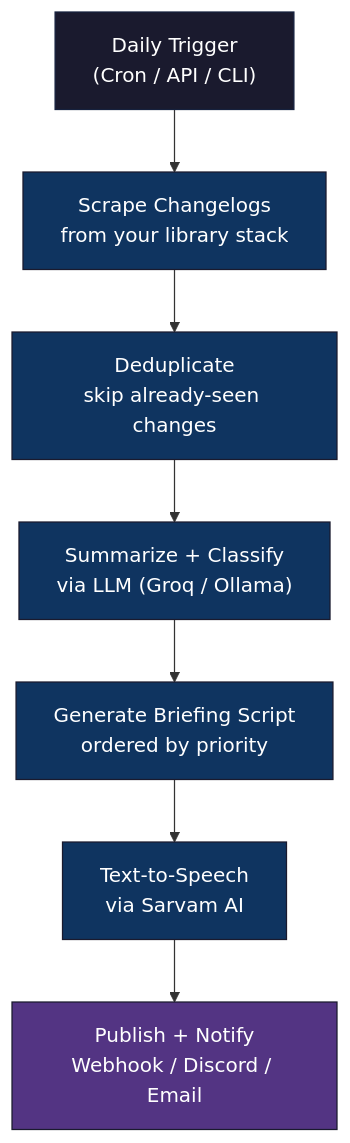
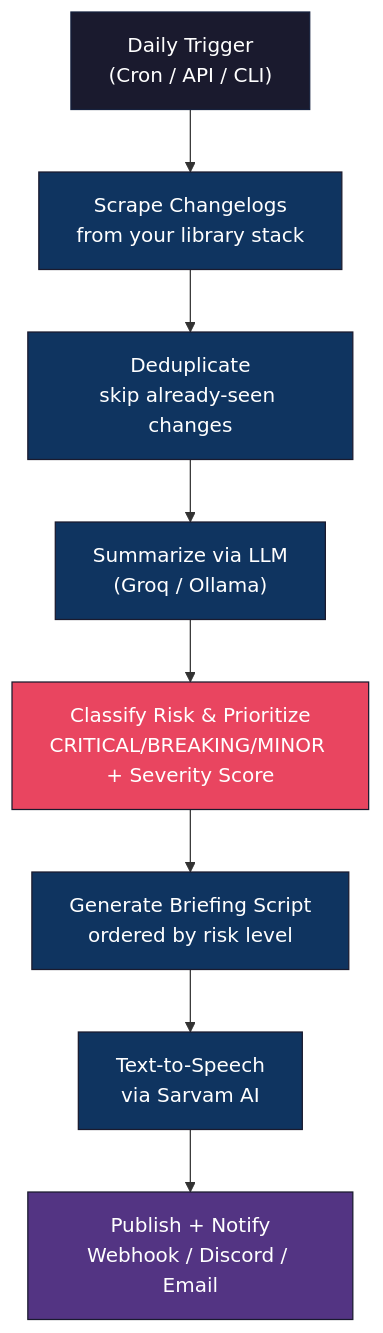
Before and after one commit to Krishnav1237/devbrief: the first of 5 diagrams in README.md, drawn with Mermaid. The commit also changed other lines of this file and 22 other files, not shown here.

````diff
--- a/README.md
+++ b/README.md
@@ -11,13 +11,15 @@
 ```mermaid
 flowchart TD
     A["Daily Trigger\n(Cron / API / CLI)"]:::trigger --> B["Scrape Changelogs\nfrom your library stack"]:::step
     B --> C["Deduplicate\nskip already-seen changes"]:::step
-    C --> D["Summarize + Classify\nvia LLM (Groq / Ollama)"]:::step
-    D --> E["Generate Briefing Script\nordered by priority"]:::step
+    C --> D["Summarize via LLM\n(Groq / Ollama)"]:::step
+    D --> RC["Classify Risk & Prioritize\nCRITICAL/BREAKING/MINOR + Severity Score"]:::classifier
+    RC --> E["Generate Briefing Script\nordered by risk level"]:::step
     E --> F["Text-to-Speech\nvia Sarvam AI"]:::step
     F --> G["Publish + Notify\nWebhook / Discord / Email"]:::output
 
     classDef trigger fill:#1a1a2e,color:#ffffff,stroke:#16213e
     classDef step fill:#0f3460,color:#ffffff,stroke:#1a1a2e
+    classDef classifier fill:#e94560,color:#ffffff,stroke:#1a1a2e
     classDef output fill:#533483,color:#ffffff,stroke:#1a1a2e
 ```
````
